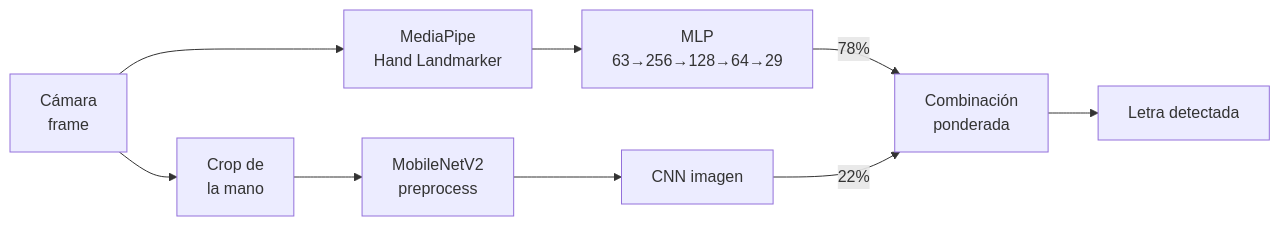
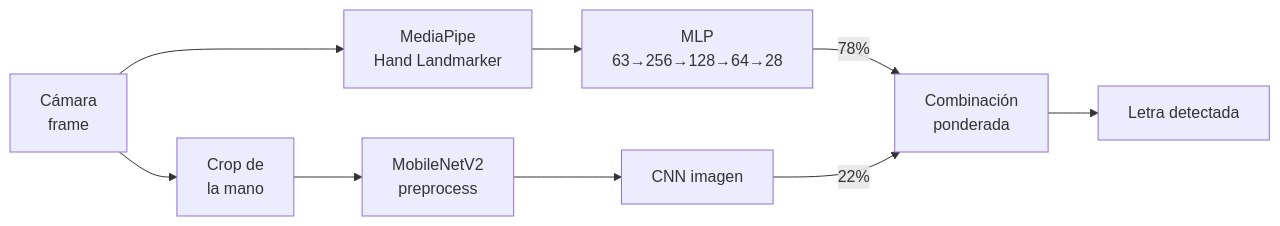
Before and after one commit to beyner62838/se-as-al-el-aire: the diagram in README.md, drawn with Mermaid. The commit also changed other lines of this file and 6 other files, not shown here.

````diff
--- a/README.md
+++ b/README.md
@@ -80,13 +83,13 @@
 ```mermaid
 flowchart LR
     A[Cámara\nframe] --> B[MediaPipe\nHand Landmarker]
-    B --> C[MLP\n63→256→128→64→29]
+    B --> C[MLP\n63→256→128→64→28]
     C -->|78%| E[Combinación\nponderada]
 
     A --> D1[Crop de\nla mano]
     D1 --> D2[MobileNetV2\npreprocess]
     D2 --> D3[CNN imagen]
     D3 -->|22%| E
 
     E --> F[Letra detectada]
 ```
````
